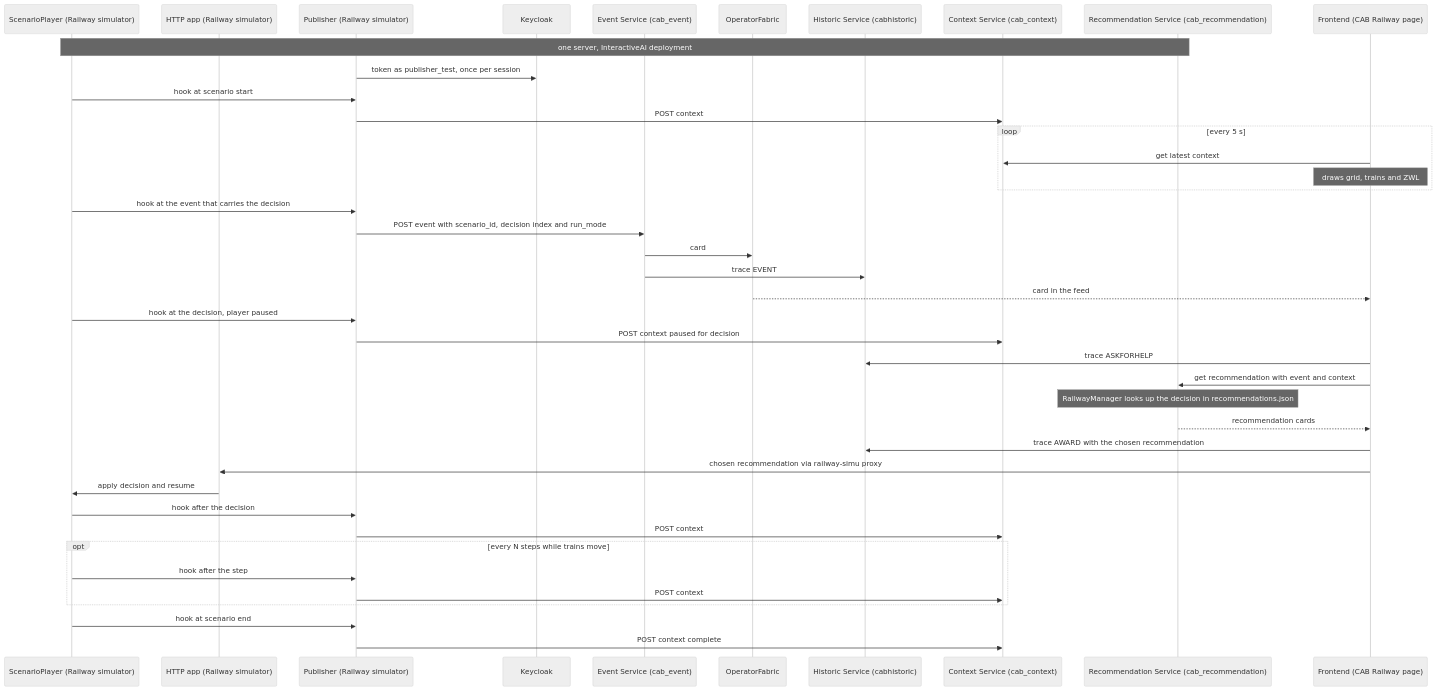
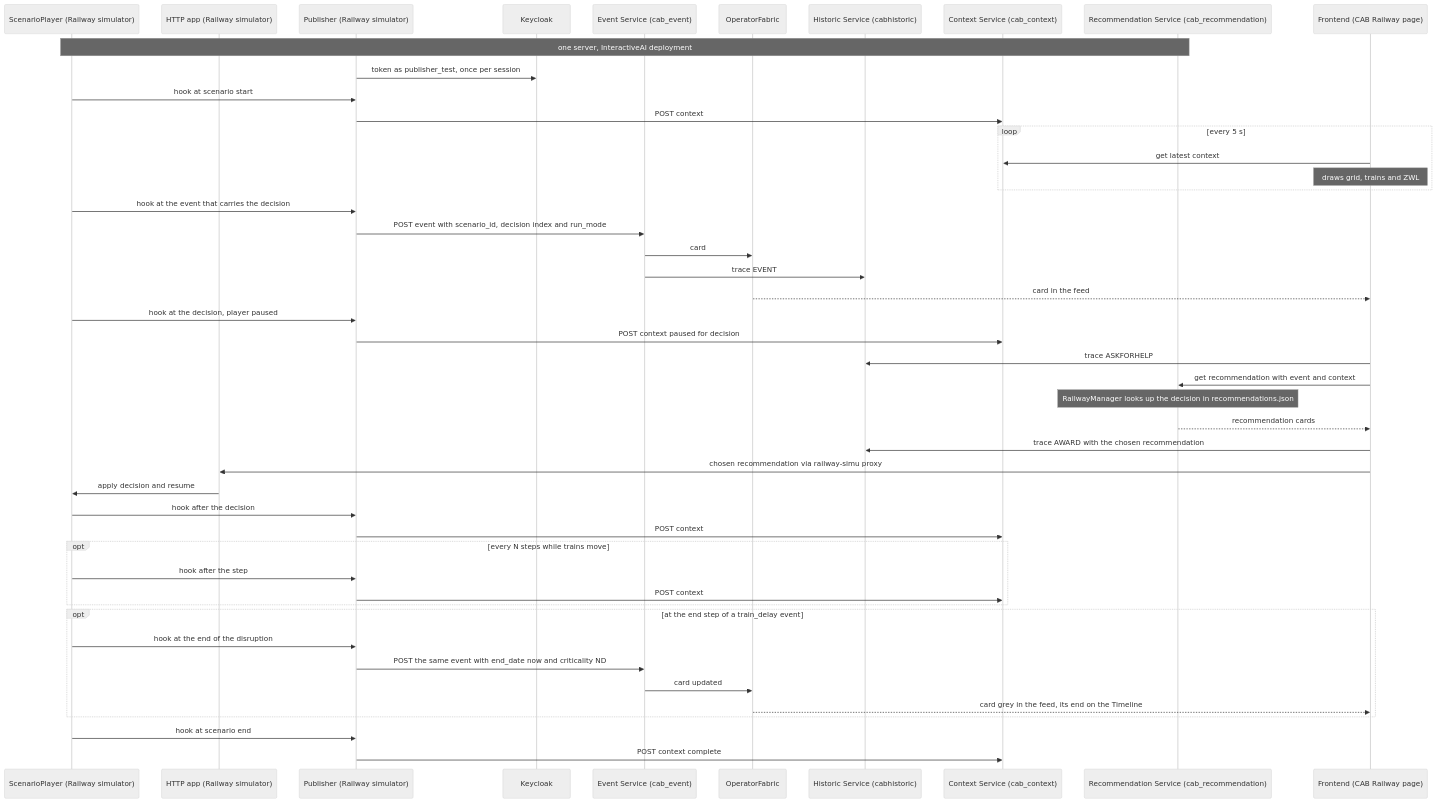
The seventh of 19 diagrams in docs/plans/railway-use-case.md (ainetus/InteractiveAI), drawn with Mermaid (neutral theme) before and after one commit. The commit also changed other lines of this file, not shown here.

````diff
--- a/docs/plans/railway-use-case.md
+++ b/docs/plans/railway-use-case.md
@@ -1446,43 +1454,49 @@
 ```mermaid
 sequenceDiagram
     participant Player as ScenarioPlayer (Railway simulator)
     participant App as HTTP app (Railway simulator)
     participant Pub as Publisher (Railway simulator)
     participant KC as Keycloak
     participant Ev as Event Service (cab_event)
     participant OF as OperatorFabric
     participant Hist as Historic Service (cabhistoric)
     participant Ctx as Context Service (cab_context)
     participant Rec as Recommendation Service (cab_recommendation)
     participant FE as Frontend (CAB Railway page)
     Note over Player,Rec: one server, InteractiveAI deployment
     Pub->>KC: token as publisher_test, once per session
     Player->>Pub: hook at scenario start
     Pub->>Ctx: POST context
     loop every 5 s
         FE->>Ctx: get latest context
         Note over FE: draws grid, trains and ZWL
     end
     Player->>Pub: hook at the event that carries the decision
     Pub->>Ev: POST event with scenario_id, decision index and run_mode
     Ev->>OF: card
     Ev->>Hist: trace EVENT
     OF-->>FE: card in the feed
     Player->>Pub: hook at the decision, player paused
     Pub->>Ctx: POST context paused for decision
     FE->>Hist: trace ASKFORHELP
     FE->>Rec: get recommendation with event and context
     Note over Rec: RailwayManager looks up the decision in recommendations.json
     Rec-->>FE: recommendation cards
     FE->>Hist: trace AWARD with the chosen recommendation
     FE->>App: chosen recommendation via railway-simu proxy
     App->>Player: apply decision and resume
     Player->>Pub: hook after the decision
     Pub->>Ctx: POST context
     opt every N steps while trains move
         Player->>Pub: hook after the step
         Pub->>Ctx: POST context
     end
+    opt at the end step of a train_delay event
+        Player->>Pub: hook at the end of the disruption
+        Pub->>Ev: POST the same event with end_date now and criticality ND
+        Ev->>OF: card updated
+        OF-->>FE: card grey in the feed, its end on the Timeline
+    end
     Player->>Pub: hook at scenario end
     Pub->>Ctx: POST context complete
 ```
````
